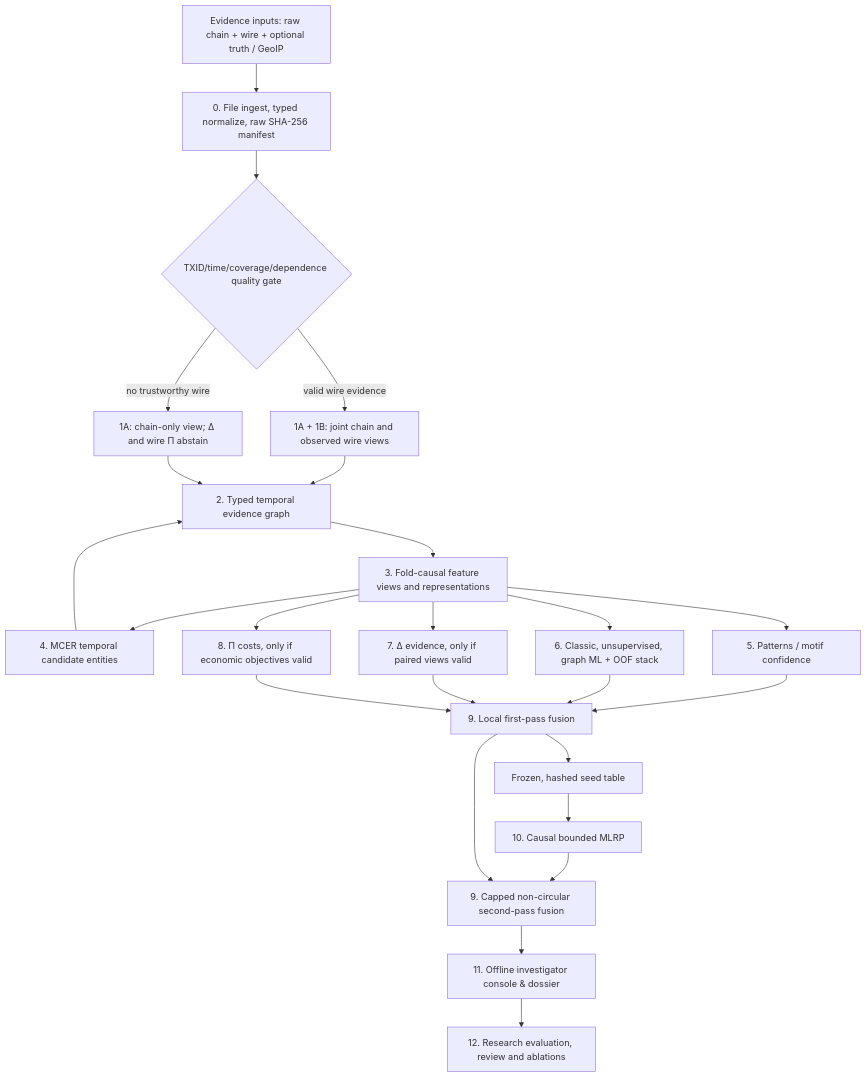
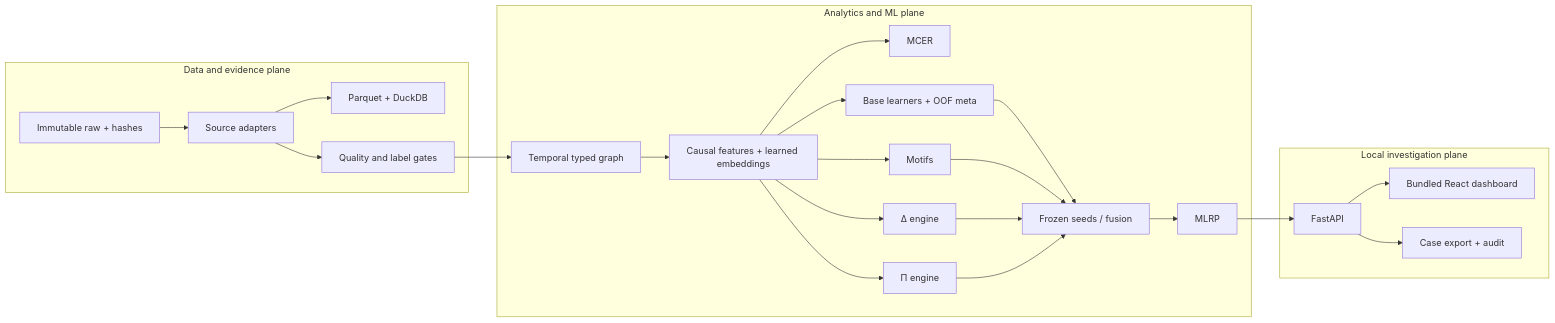
The second of 2 diagrams in README.md (nsathvik2007-ui/CLARION), drawn with Mermaid before and after one commit. The commit also changed other lines of this file and 280 other files, not shown here.

First line of the commit message:
docs: finalize CLARION v4 production architecture and folder blueprint

```diff
--- a/README.md
+++ b/README.md
@@ -669,26 +58,27 @@
 ~~~mermaid
-flowchart TB
-    SOURCES["Evidence inputs: raw chain + wire + optional truth / GeoIP"] --> IN["0. File ingest, typed normalize, raw SHA-256 manifest"]
-    IN --> QC{"TXID/time/coverage/dependence quality gate"}
-    QC -->|valid wire evidence| JOINT["1A + 1B: joint chain and observed wire views"]
-    QC -->|no trustworthy wire| CHAIN["1A: chain-only view; Δ and wire Π abstain"]
-    JOINT --> GRAPH["2. Typed temporal evidence graph"]
-    CHAIN --> GRAPH
-    GRAPH --> FEAT["3. Fold-causal feature views and representations"]
-    FEAT --> CLUST["4. MCER temporal candidate entities"]
-    CLUST --> GRAPH
-    FEAT --> MOTIF["5. Patterns / motif confidence"]
-    FEAT --> DETECT["6. Classic, unsupervised, graph ML + OOF stack"]
-    FEAT --> DELTA["7. Δ evidence, only if paired views valid"]
-    FEAT --> PI["8. Π costs, only if economic objectives valid"]
-    MOTIF --> FUSE1["9. Local first-pass fusion"]
-    DETECT --> FUSE1
-    DELTA --> FUSE1
-    PI --> FUSE1
-    FUSE1 --> SEED["Frozen, hashed seed table"]
-    SEED --> PROP["10. Causal bounded MLRP"]
-    PROP --> FUSE2["9. Capped non-circular second-pass fusion"]
-    FUSE1 --> FUSE2
-    FUSE2 --> UI["11. Offline investigator console & dossier"]
-    UI --> EVAL["12. Research evaluation, review and ablations"]
+flowchart LR
+  subgraph Ingest["Data and evidence plane"]
+    RAW["Immutable raw + hashes"] --> PARSE["Source adapters"]
+    PARSE --> DUCK["Parquet + DuckDB"]
+    PARSE --> GATE["Quality and label gates"]
+  end
+  subgraph Intelligence["Analytics and ML plane"]
+    GATE --> GRAPH["Temporal typed graph"]
+    GRAPH --> FEAT["Causal features + learned embeddings"]
+    FEAT --> MCER["MCER"]
+    FEAT --> PAT["Motifs"]
+    FEAT --> MODEL["Base learners + OOF meta"]
+    FEAT --> DELTA["Δ engine"]
+    FEAT --> PI["Π engine"]
+    MODEL --> FUS["Frozen seeds / fusion"]
+    PAT --> FUS
+    DELTA --> FUS
+    PI --> FUS
+    FUS --> PROP["MLRP"]
+  end
+  subgraph Serving["Local investigation plane"]
+    PROP --> API["FastAPI"]
+    API --> WEB["Bundled React dashboard"]
+    API --> CASE["Case export + audit"]
+  end
 ~~~
```
